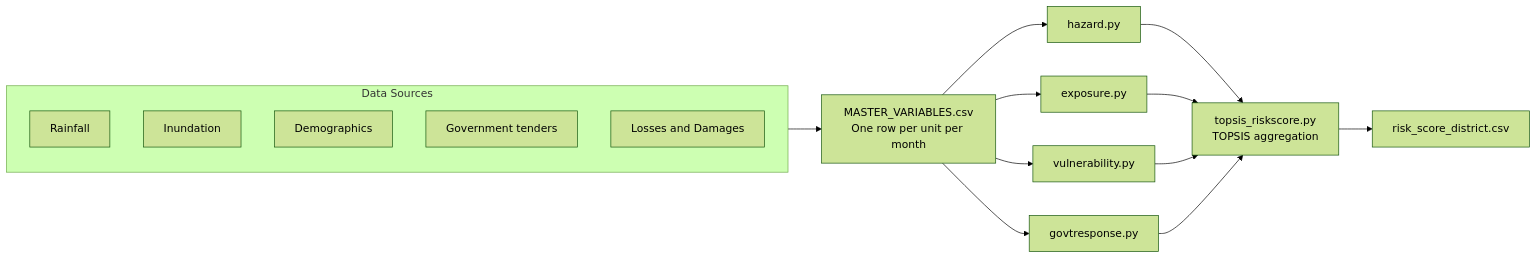
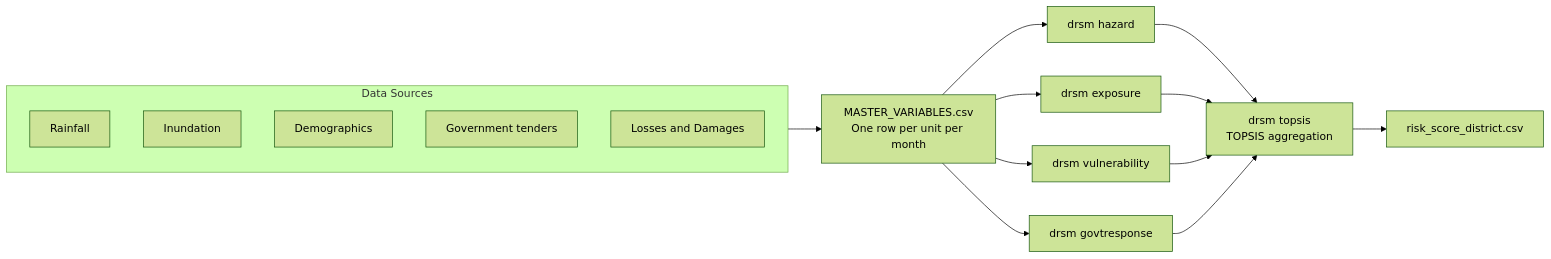
One commit to CivicDataLab/risk-score-model-generic changed the diagram in README.md. Above: the diagram before and after it, drawn with Mermaid (forest theme). The commit also changed other lines of this file and 19 other files, not shown here.

````diff
--- a/README.md
+++ b/README.md
@@ -66,24 +67,24 @@
 ```mermaid
 flowchart LR
     subgraph DataLayer [Data Sources]
         S1[Rainfall]
         S2[Inundation]
         S3[Demographics]
         S4[Government tenders]
         S5[Losses and Damages]
     end
 
     DataLayer --> M[MASTER_VARIABLES.csv<br/>One row per unit per month]
 
-    M --> H[hazard.py]
-    M --> E[exposure.py]
-    M --> V[vulnerability.py]
-    M --> G[govtresponse.py]
+    M --> H[drsm hazard]
+    M --> E[drsm exposure]
+    M --> V[drsm vulnerability]
+    M --> G[drsm govtresponse]
 
-    H --> T[topsis_riskscore.py<br/>TOPSIS aggregation]
+    H --> T[drsm topsis<br/>TOPSIS aggregation]
     E --> T
     V --> T
     G --> T
 
     T --> O[risk_score_district.csv]
 ```
````
